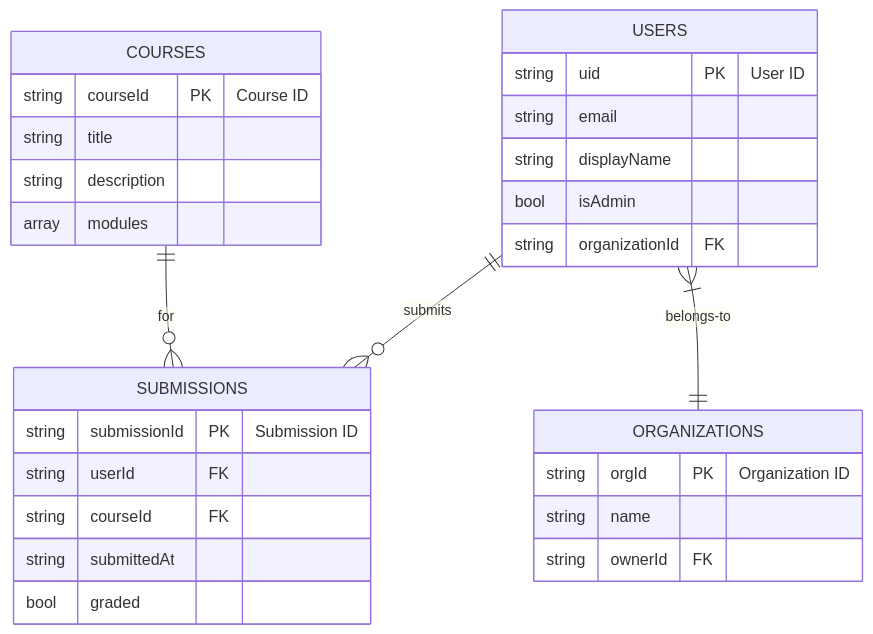
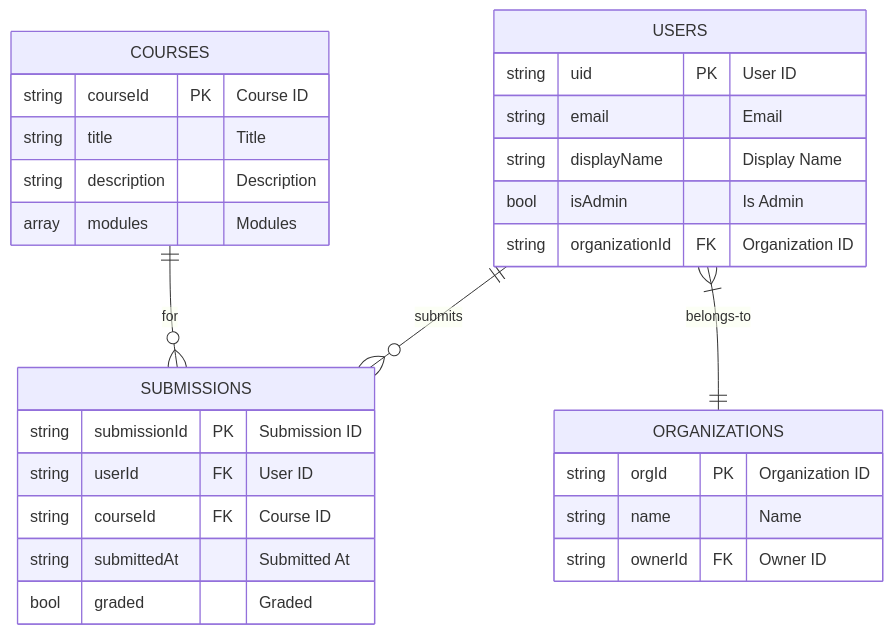
Before and after one commit to Kmaina32/Ubuntu-Academy-: the sixth of 6 diagrams in src/markdown_files/VISUAL_FRAMEWORK.md, drawn with Mermaid. The commit also changed other lines of this file, not shown here.

Commit message:
some diagrams now have errors

````diff
--- a/src/markdown_files/VISUAL_FRAMEWORK.md
+++ b/src/markdown_files/VISUAL_FRAMEWORK.md
@@ -193,35 +193,35 @@
 ```mermaid
 erDiagram
     USERS {
         string uid PK "User ID"
-        string email
-        string displayName
-        bool isAdmin
-        string organizationId FK
+        string email "Email"
+        string displayName "Display Name"
+        bool isAdmin "Is Admin"
+        string organizationId FK "Organization ID"
     }
 
     COURSES {
         string courseId PK "Course ID"
-        string title
-        string description
-        array modules
+        string title "Title"
+        string description "Description"
+        array modules "Modules"
     }
 
     SUBMISSIONS {
         string submissionId PK "Submission ID"
-        string userId FK
-        string courseId FK
-        string submittedAt
-        bool graded
+        string userId FK "User ID"
+        string courseId FK "Course ID"
+        string submittedAt "Submitted At"
+        bool graded "Graded"
     }
 
     ORGANIZATIONS {
         string orgId PK "Organization ID"
-        string name
-        string ownerId FK
+        string name "Name"
+        string ownerId FK "Owner ID"
     }
 
-    USERS ||--o{ SUBMISSIONS : submits
-    COURSES ||--o{ SUBMISSIONS : for
+    USERS ||--o{ SUBMISSIONS : "submits"
+    COURSES ||--o{ SUBMISSIONS : "for"
     USERS }|--|| ORGANIZATIONS : "belongs-to"
 ```
````
